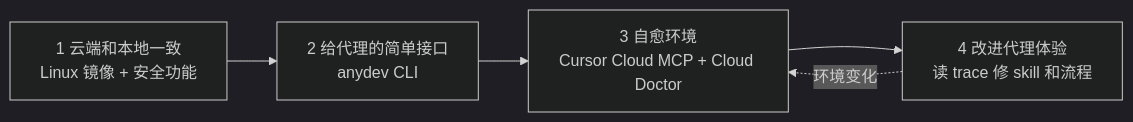
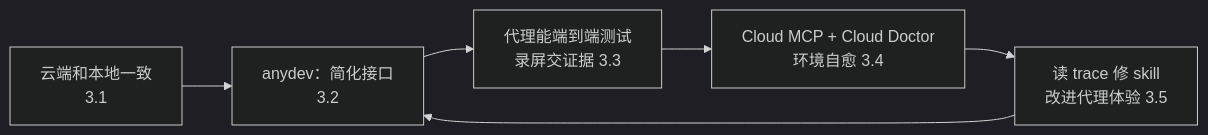
One commit to yzw7489757/ai-coding-videos changed the diagram in docs/37-cursor-cloud-agent-environment.md. Above: the diagram before and after it, drawn with Mermaid (dark theme). The commit also changed other lines of this file and 6 other files, not shown here.

````diff
--- a/docs/37-cursor-cloud-agent-environment.md
+++ b/docs/37-cursor-cloud-agent-environment.md
@@ -47,7 +62,8 @@
 ```mermaid
 flowchart LR
-    A["1 云端和本地一致<br/>Linux 镜像 + 安全功能"] --> B["2 给代理的简单接口<br/>anydev CLI"]
-    B --> C["3 自愈环境<br/>Cursor Cloud MCP + Cloud Doctor"]
-    C --> D["4 改进代理体验<br/>读 trace 修 skill 和流程"]
-    D -. 环境变化 .-> C
+  A["云端和本地一致<br/>3.1"] --> B["anydev：简化接口<br/>3.2"]
+  B --> C["代理能端到端测试<br/>录屏交证据 3.3"]
+  C --> D["Cloud MCP + Cloud Doctor<br/>环境自愈 3.4"]
+  D --> E["读 trace 修 skill<br/>改进代理体验 3.5"]
+  E --> B
 ```
````
